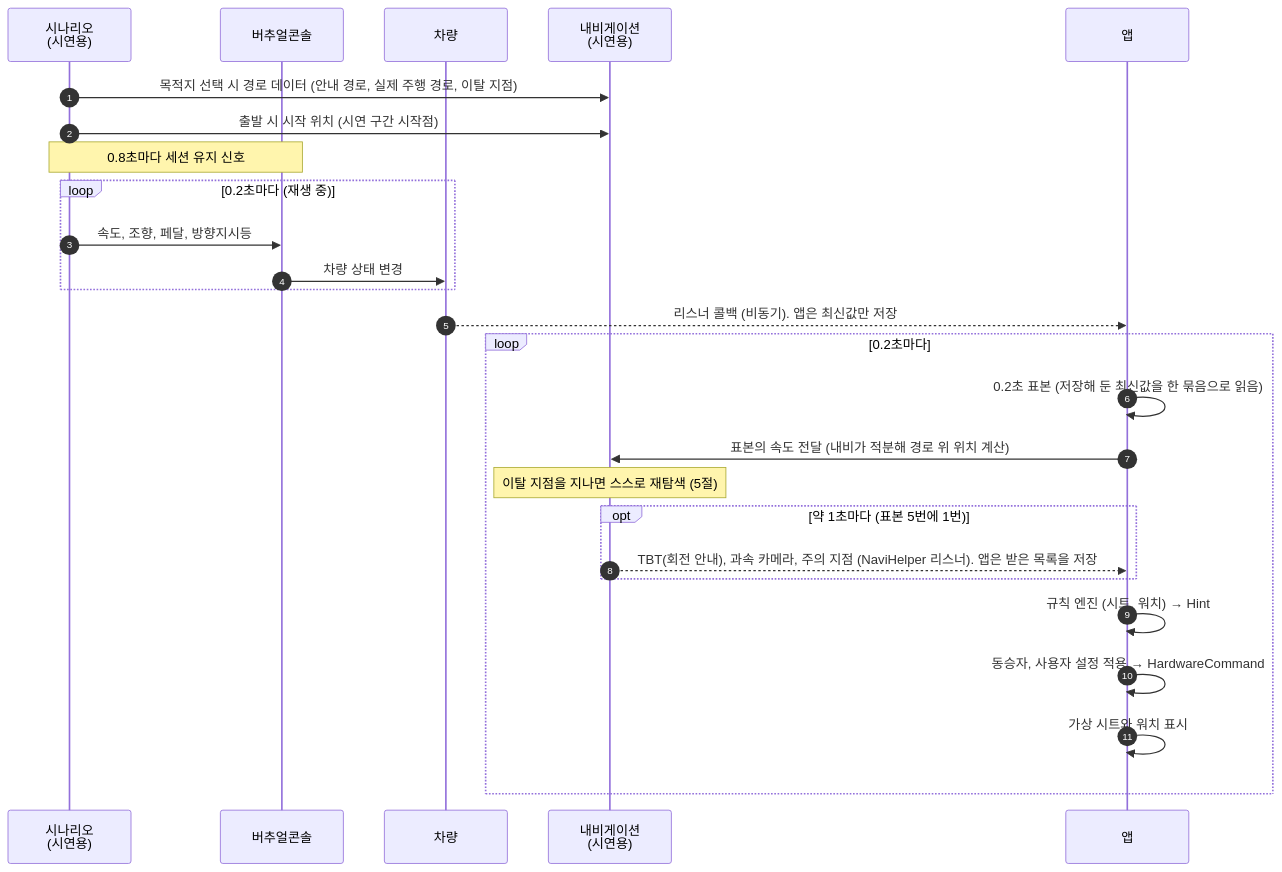
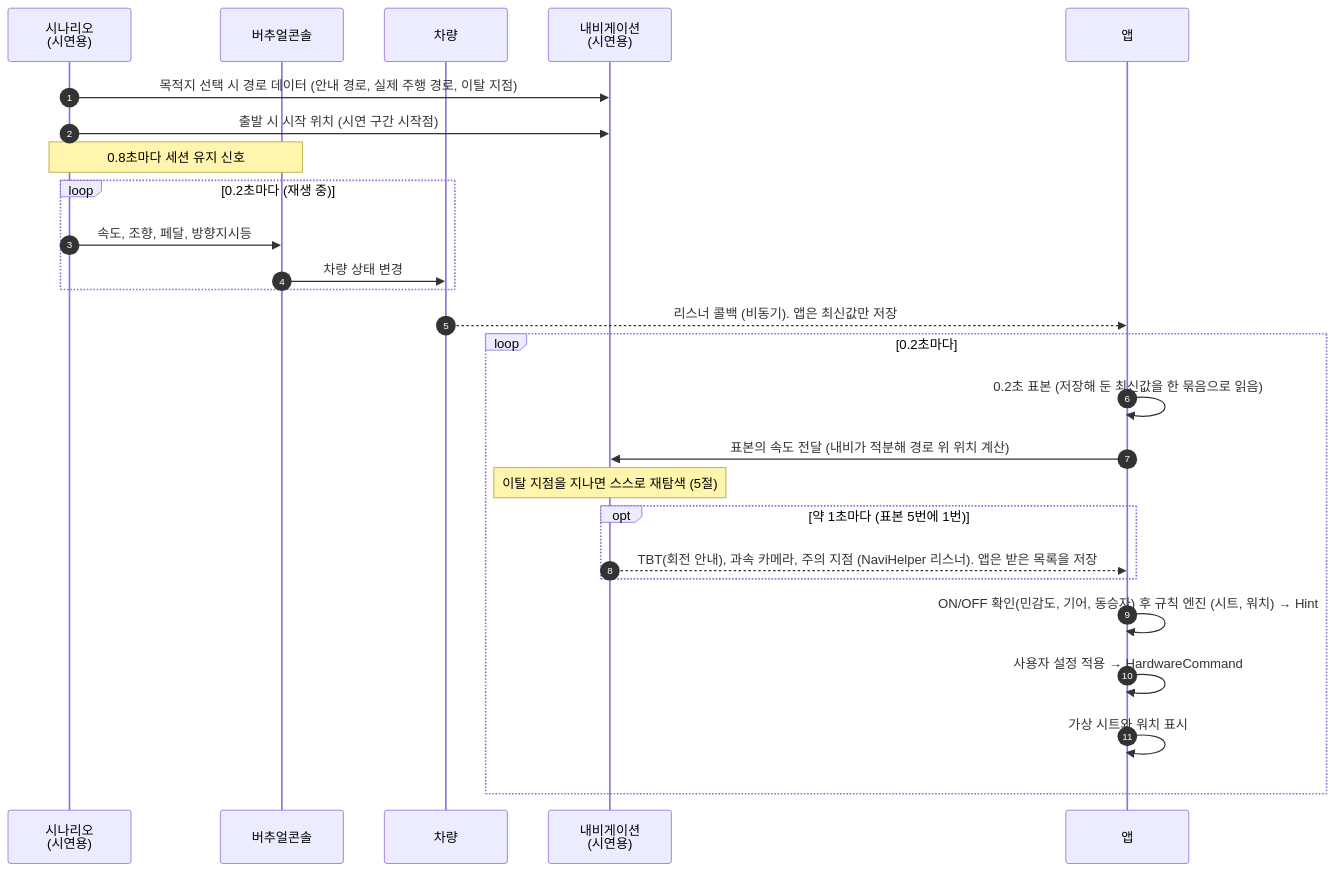
The first of 2 diagrams in docs/HardwareControl.md (jujaya920-ui/Active-Seat-For-All), drawn with Mermaid before and after one commit. The commit also changed other lines of this file and 5 other files, not shown here.

````diff
--- a/docs/HardwareControl.md
+++ b/docs/HardwareControl.md
@@ -11,29 +11,29 @@
 ```mermaid
 sequenceDiagram
     autonumber
     participant SC as 시나리오<br/>(시연용)
     participant VC as 버추얼콘솔
     participant CAR as 차량
     participant NAV as 내비게이션<br/>(시연용)
     participant APP as 앱
 
     SC->>NAV: 목적지 선택 시 경로 데이터 (안내 경로, 실제 주행 경로, 이탈 지점)
     SC->>NAV: 출발 시 시작 위치 (시연 구간 시작점)
     Note over SC,VC: 0.8초마다 세션 유지 신호
     loop 0.2초마다 (재생 중)
         SC->>VC: 속도, 조향, 페달, 방향지시등
         VC->>CAR: 차량 상태 변경
     end
     CAR-->>APP: 리스너 콜백 (비동기). 앱은 최신값만 저장
     loop 0.2초마다
         APP->>APP: 0.2초 표본 (저장해 둔 최신값을 한 묶음으로 읽음)
         APP->>NAV: 표본의 속도 전달 (내비가 적분해 경로 위 위치 계산)
         Note over NAV: 이탈 지점을 지나면 스스로 재탐색 (5절)
         opt 약 1초마다 (표본 5번에 1번)
             NAV-->>APP: TBT(회전 안내), 과속 카메라, 주의 지점 (NaviHelper 리스너). 앱은 받은 목록을 저장
         end
-        APP->>APP: 규칙 엔진 (시트, 워치) → Hint
-        APP->>APP: 동승자, 사용자 설정 적용 → HardwareCommand
+        APP->>APP: ON/OFF 확인(민감도, 기어, 동승자) 후 규칙 엔진 (시트, 워치) → Hint
+        APP->>APP: 사용자 설정 적용 → HardwareCommand
         APP->>APP: 가상 시트와 워치 표시
     end
 ```
````
